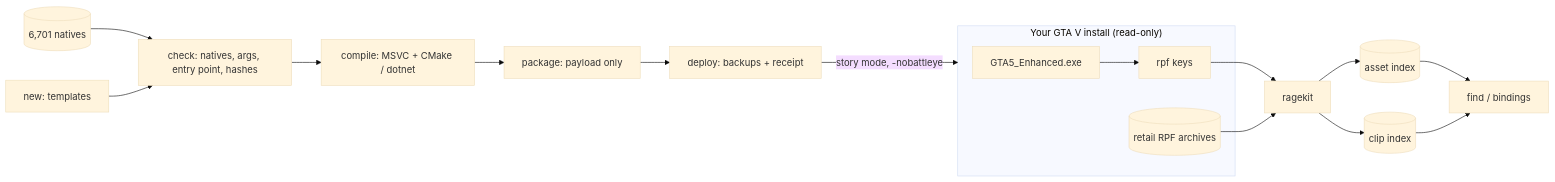
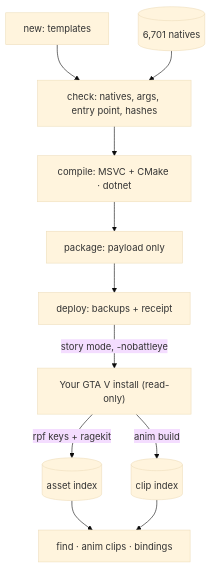
The diagram in README.md (SenjuWoo/Gta-Forge), drawn with Mermaid (base theme) before and after one commit.

Commit message:
README: top-down workflow diagram (readable at page width)

````diff
--- a/README.md
+++ b/README.md
@@ -128,19 +128,13 @@
 ```mermaid
-flowchart LR
-  subgraph Game["Your GTA V install (read-only)"]
-    EXE[GTA5_Enhanced.exe] --> KEYS[rpf keys]
-    RPF[(retail RPF archives)]
-  end
-  KEYS --> RK[ragekit]
-  RPF --> RK
-  RK --> IDX[(asset index)]
-  RK --> CLIPS[(clip index)]
-  IDX --> FIND[find / bindings]
+flowchart TD
+  GAME["Your GTA V install (read-only)"] -->|"rpf keys + ragekit"| IDX[("asset index")]
+  GAME -->|"anim build"| CLIPS[("clip index")]
+  IDX --> FIND["find · anim clips · bindings"]
   CLIPS --> FIND
-  NDB[(6,701 natives)] --> CHECK
-  NEW[new: templates] --> CHECK[check: natives, args, entry point, hashes]
-  CHECK --> COMPILE[compile: MSVC + CMake / dotnet]
-  COMPILE --> PKG[package: payload only]
-  PKG --> DEPLOY[deploy: backups + receipt]
-  DEPLOY -->|story mode, -nobattleye| Game
+  NEW["new: templates"] --> CHECK["check: natives, args, entry point, hashes"]
+  NDB[("6,701 natives")] --> CHECK
+  CHECK --> COMPILE["compile: MSVC + CMake · dotnet"]
+  COMPILE --> PKG["package: payload only"]
+  PKG --> DEPLOY["deploy: backups + receipt"]
+  DEPLOY -->|"story mode, -nobattleye"| GAME
 ```
````
